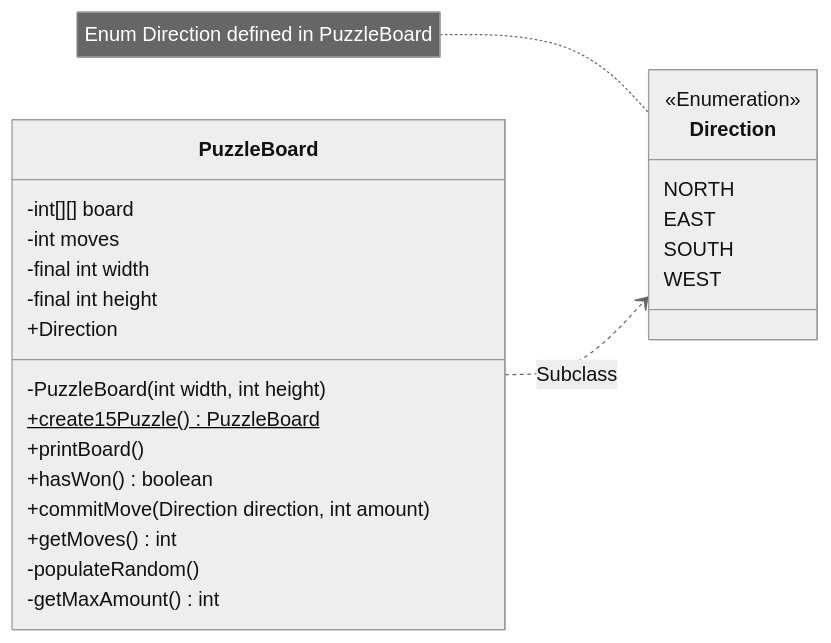
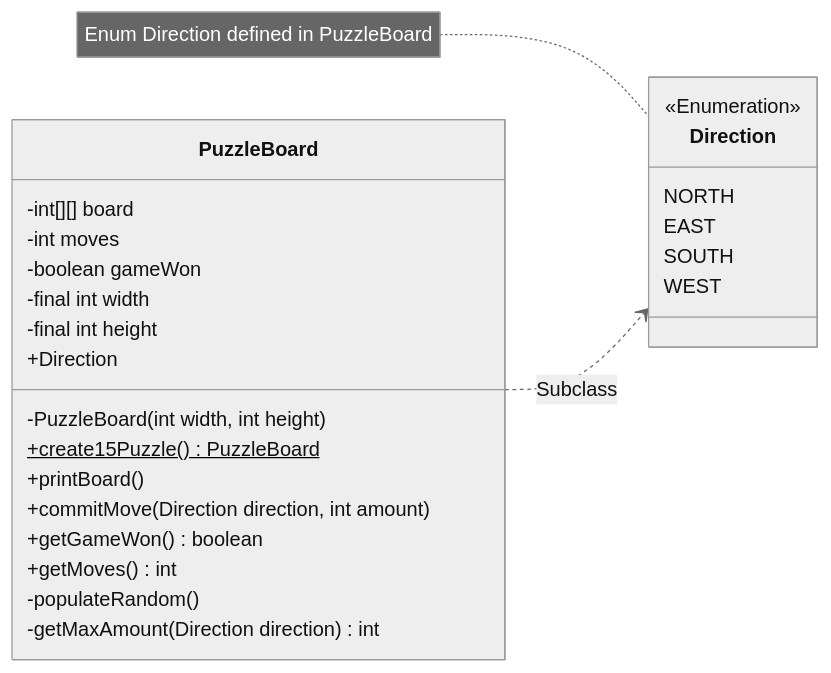
The diagram in README.md (JorritScholten/PlayersGuide), drawn with Mermaid (neutral theme) before and after one commit. The commit also changed other lines of this file and 1 other file, not shown here.

````diff
--- a/README.md
+++ b/README.md
@@ -15,28 +35,29 @@
 ```mermaid
 classDiagram
     direction LR
     class PuzzleBoard {
         -int[][] board
         -int moves
+        -boolean gameWon
         -final int width
         -final int height
         -PuzzleBoard(int width, int height)
         +Direction
         +create15Puzzle()$ PuzzleBoard
         +printBoard()
-        +hasWon() boolean
         +commitMove(Direction direction, int amount)
+        +getGameWon() boolean
         +getMoves() int
         -populateRandom()
-        -getMaxAmount() int
+        -getMaxAmount(Direction direction) int
     }
     note for `Direction` "Enum Direction defined in PuzzleBoard"
     class `Direction` {
         <<Enumeration>>
         NORTH
         EAST
         SOUTH
         WEST
     }
     PuzzleBoard ..> `Direction`: Subclass
 ```
````
